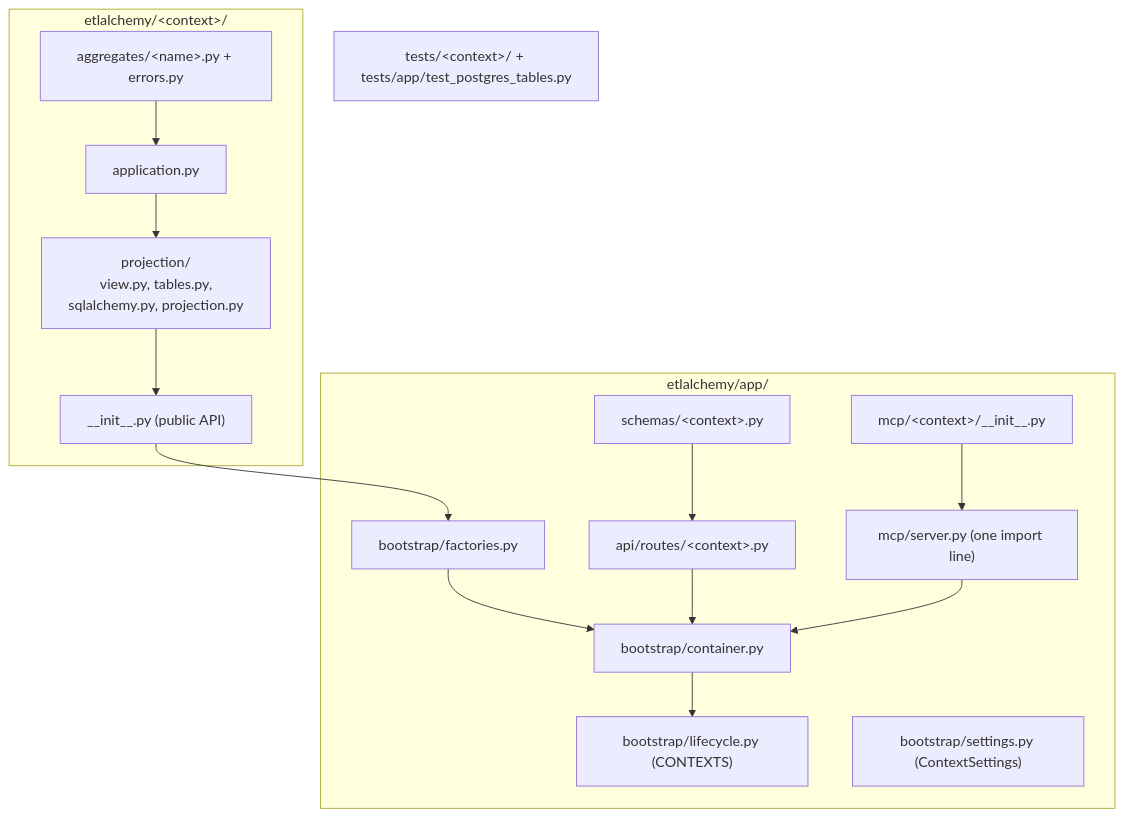
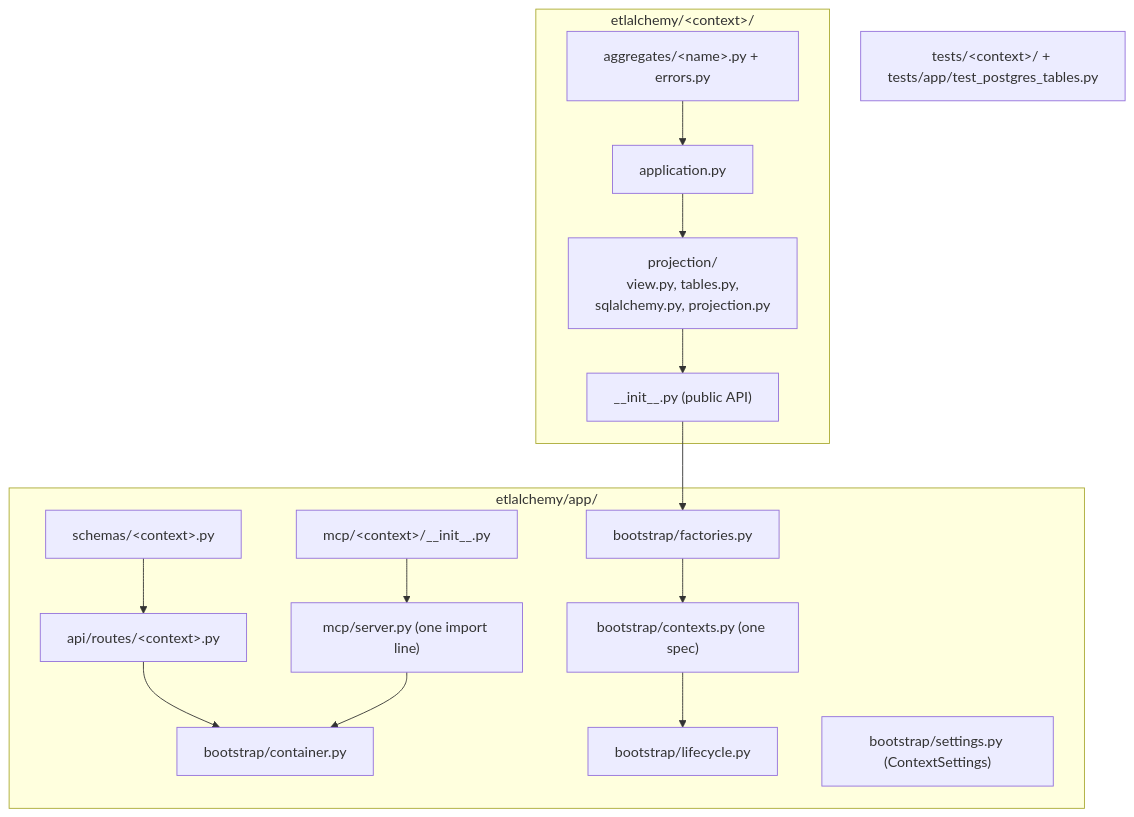
One commit to liang-guang-jun/etlalchemy changed the diagram in docs/guides/add-a-bounded-context.md. Above: the diagram before and after it, drawn with Mermaid. The commit also changed other lines of this file and 188 other files, not shown here.

````diff
--- a/docs/guides/add-a-bounded-context.md
+++ b/docs/guides/add-a-bounded-context.md
@@ -26,26 +26,27 @@
 ```mermaid
 flowchart TB
     subgraph core["etlalchemy/&lt;context&gt;/"]
         ag["aggregates/&lt;name&gt;.py + errors.py"]
         app["application.py"]
         proj["projection/<br/>view.py, tables.py,<br/>sqlalchemy.py, projection.py"]
         init["__init__.py (public API)"]
     end
     subgraph assembly["etlalchemy/app/"]
         fac["bootstrap/factories.py"]
+        ctx["bootstrap/contexts.py (one spec)"]
         con["bootstrap/container.py"]
-        life["bootstrap/lifecycle.py (CONTEXTS)"]
+        life["bootstrap/lifecycle.py"]
         set_["bootstrap/settings.py (ContextSettings)"]
         api["api/routes/&lt;context&gt;.py"]
         sch["schemas/&lt;context&gt;.py"]
         mcp_pkg["mcp/&lt;context&gt;/__init__.py"]
         srv["mcp/server.py (one import line)"]
     end
     tests["tests/&lt;context&gt;/ + tests/app/test_postgres_tables.py"]
     ag --> app --> proj --> init
-    init --> fac --> con --> life
+    init --> fac --> ctx --> life
     api --> con
     sch --> api
     mcp_pkg --> srv
     srv --> con
 ```
````
